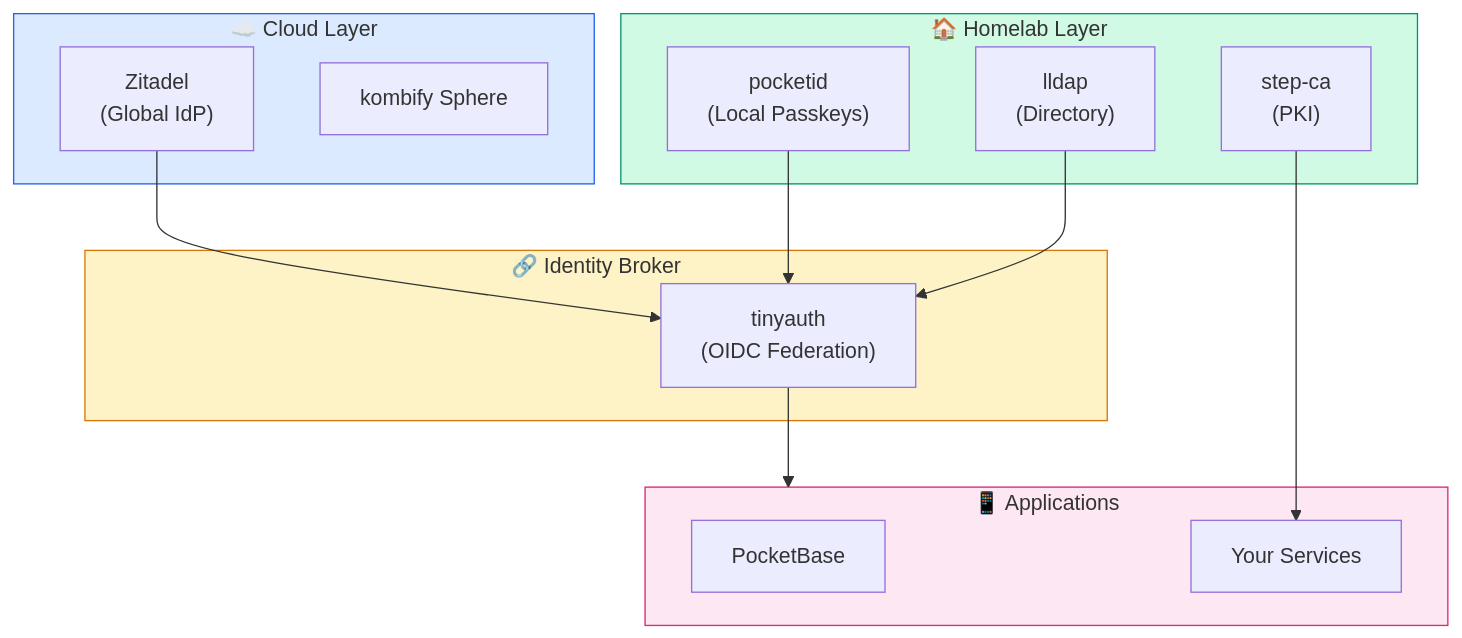
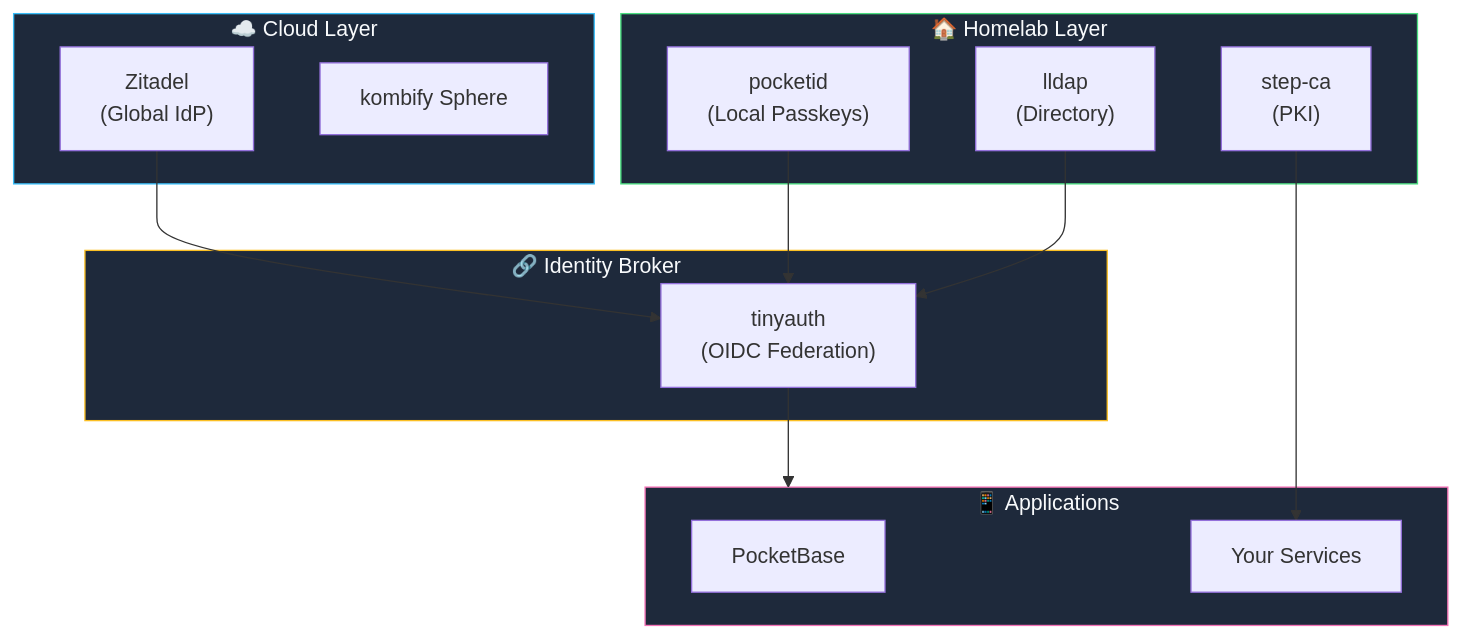
One commit to KombiverseLabs/docs changed the first of 4 diagrams in concepts/identity.mdx. Above: the diagram before and after it, drawn with Mermaid. The commit also changed 33 other files, not shown here.

````diff
--- a/concepts/identity.mdx
+++ b/concepts/identity.mdx
@@ -45,33 +45,33 @@
 ```mermaid
 graph TB
     subgraph Cloud["☁️ Cloud Layer"]
         Zitadel["Zitadel<br/>(Global IdP)"]
         Sphere["kombify Sphere"]
     end
     
     subgraph Broker["🔗 Identity Broker"]
         tinyauth["tinyauth<br/>(OIDC Federation)"]
     end
     
     subgraph Local["🏠 Homelab Layer"]
         pocketid["pocketid<br/>(Local Passkeys)"]
         lldap["lldap<br/>(Directory)"]
         stepca["step-ca<br/>(PKI)"]
     end
     
     subgraph Apps["📱 Applications"]
         PocketBase["PocketBase"]
         Services["Your Services"]
     end
     
     Zitadel --> tinyauth
     pocketid --> tinyauth
     tinyauth --> Apps
     lldap --> tinyauth
     stepca --> Services
     
-    style Cloud fill:#dbeafe,stroke:#2563eb
-    style Broker fill:#fef3c7,stroke:#d97706
-    style Local fill:#d1fae5,stroke:#059669
-    style Apps fill:#fce7f3,stroke:#db2777
+    style Cloud fill:#1e293b,stroke:#38bdf8,color:#f8fafc
+    style Broker fill:#1e293b,stroke:#fbbf24,color:#f8fafc
+    style Local fill:#1e293b,stroke:#4ade80,color:#f8fafc
+    style Apps fill:#1e293b,stroke:#f472b6,color:#f8fafc
 ```
````
